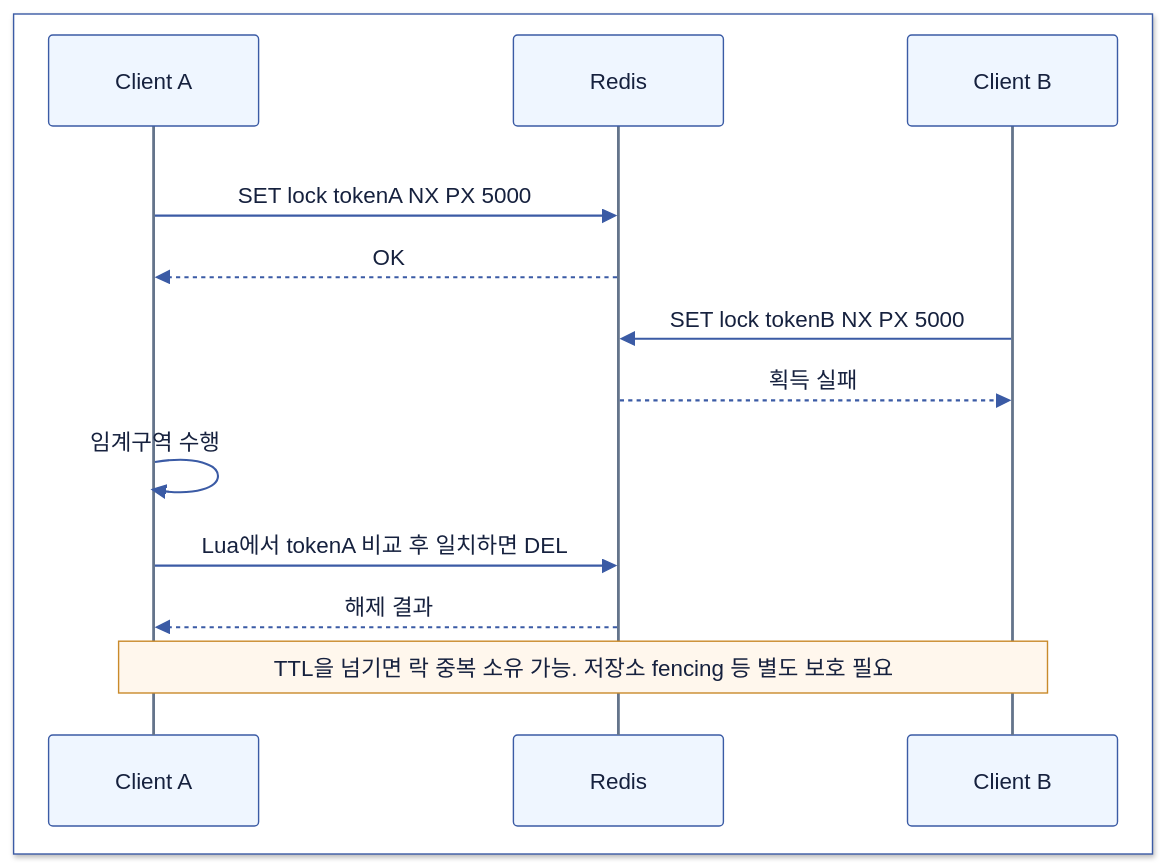
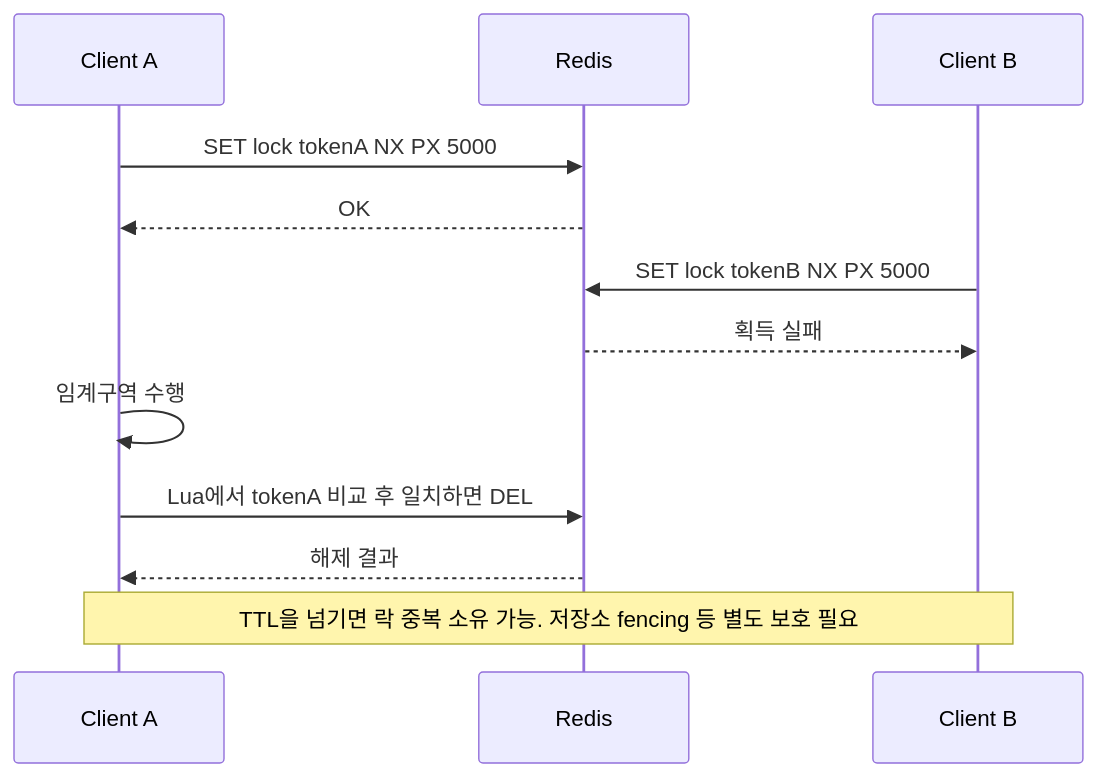
One commit to Hyune-s-lab/my-ai-study changed the third of 3 diagrams in computer-science/2606-모의면접-redis.md. Above: the diagram before and after it, drawn with Mermaid. The commit also changed other lines of this file and 49 other files, not shown here.

Commit message:
docs: 단순 다이어그램은 Mermaid로, 복잡한 배치는 SVG로 정리

````diff
--- a/computer-science/2606-모의면접-redis.md
+++ b/computer-science/2606-모의면접-redis.md
@@ -262,19 +212,14 @@
 ```mermaid
 sequenceDiagram
-%%{init: {"theme": "base", "darkMode": false, "themeVariables": {"background": "#ffffff", "primaryColor": "#EFF6FF", "primaryTextColor": "#16213E", "primaryBorderColor": "#3B5BA5", "secondaryColor": "#F0FDF4", "tertiaryColor": "#FAF5FF", "lineColor": "#3B5BA5", "textColor": "#16213E", "edgeLabelBackground": "#ffffff", "actorBkg": "#EFF6FF", "actorBorder": "#3B5BA5", "actorTextColor": "#16213E", "signalColor": "#3B5BA5", "signalTextColor": "#16213E", "noteBkgColor": "#FFF7ED", "noteBorderColor": "#C98A2B", "noteTextColor": "#16213E", "labelBoxBkgColor": "#EFF6FF", "labelTextColor": "#16213E", "loopTextColor": "#16213E", "actorLineColor": "#64748B", "labelBoxBorderColor": "#3B5BA5"}}}%%
-  box rgb(255, 255, 255)
-    participant A as Client A
-    participant R as Redis
-    participant B as Client B
-  end
-  rect rgb(255, 255, 255)
-    A->>R: SET lock tokenA NX PX 5000
-    R-->>A: OK
-    B->>R: SET lock tokenB NX PX 5000
-    R-->>B: 획득 실패
-    A->>A: 임계구역 수행
-    A->>R: Lua에서 tokenA 비교 후 일치하면 DEL
-    R-->>A: 해제 결과
-    Note over A,B: TTL을 넘기면 락 중복 소유 가능. 저장소 fencing 등 별도 보호 필요
-  end
+  participant A as Client A
+  participant R as Redis
+  participant B as Client B
+  A->>R: SET lock tokenA NX PX 5000
+  R-->>A: OK
+  B->>R: SET lock tokenB NX PX 5000
+  R-->>B: 획득 실패
+  A->>A: 임계구역 수행
+  A->>R: Lua에서 tokenA 비교 후 일치하면 DEL
+  R-->>A: 해제 결과
+  Note over A,B: TTL을 넘기면 락 중복 소유 가능. 저장소 fencing 등 별도 보호 필요
 ```
````
